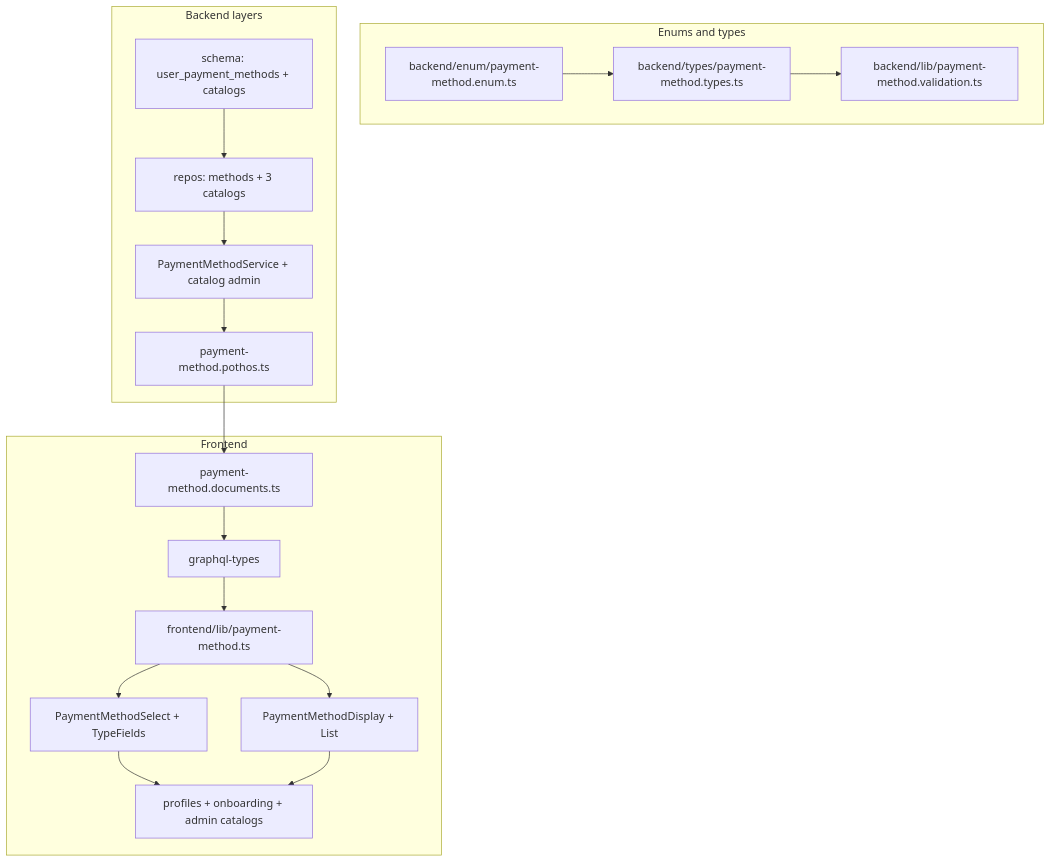
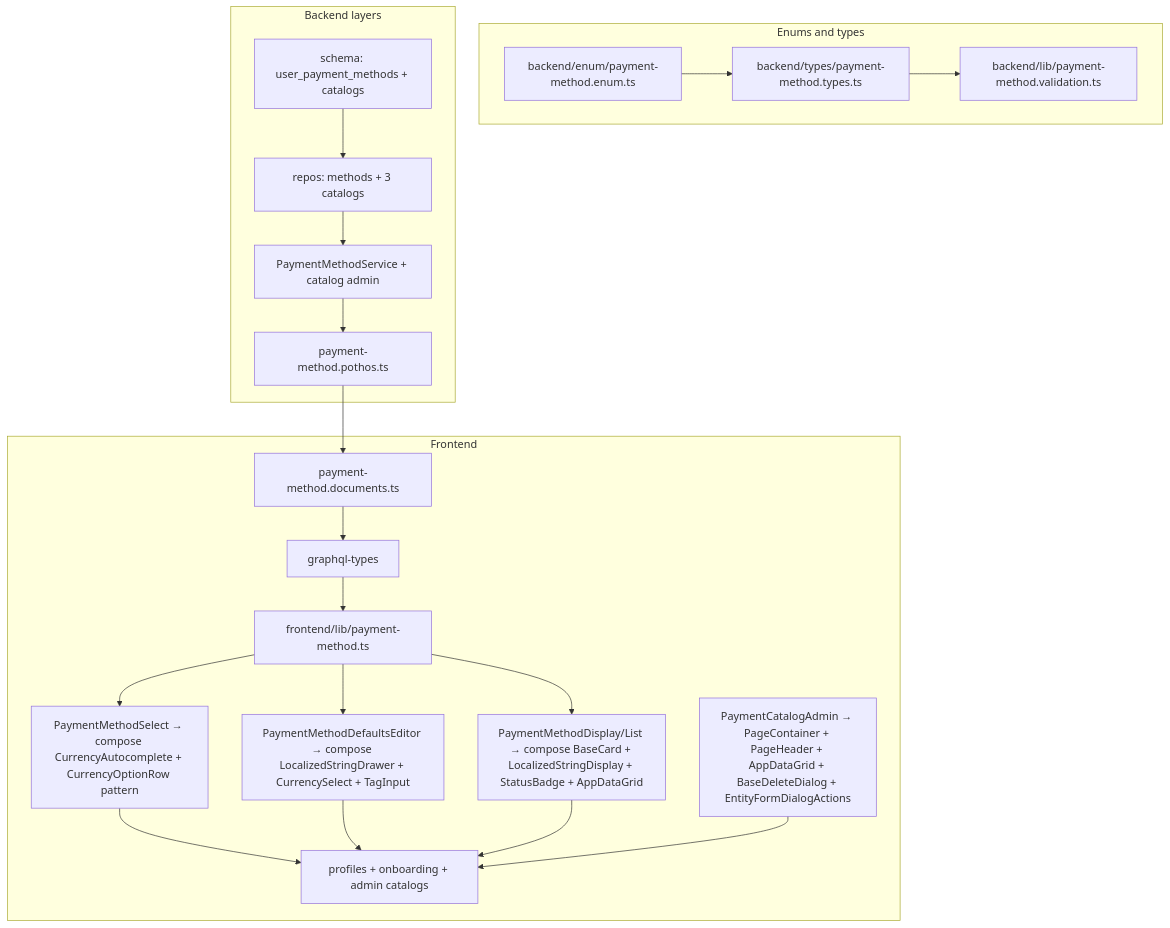
Before and after one commit to sirajLMS/siraj: the diagram in .ai/plans/payment/plan.md, drawn with Mermaid. The commit also changed other lines of this file and 310 other files, not shown here.

First line of the commit message:
refactor(db): update import paths for repository and schema files

````diff
--- a/.ai/plans/payment/plan.md
+++ b/.ai/plans/payment/plan.md
@@ -7,30 +7,35 @@
 ```mermaid
 flowchart TB
   subgraph enums [Enums and types]
     BillingEnum["backend/enum/payment-method.enum.ts"]
     Types["backend/types/payment-method.types.ts"]
     Zod["backend/lib/payment-method.validation.ts"]
     BillingEnum --> Types --> Zod
   end
 
   subgraph backend [Backend layers]
     Schema["schema: user_payment_methods + catalogs"]
     Repo["repos: methods + 3 catalogs"]
     Service["PaymentMethodService + catalog admin"]
     Pothos["payment-method.pothos.ts"]
     Schema --> Repo --> Service --> Pothos
   end
 
   subgraph frontend [Frontend]
     GQLDocs["payment-method.documents.ts"]
     Codegen["graphql-types"]
     Lib["frontend/lib/payment-method.ts"]
-    Input["PaymentMethodSelect + TypeFields"]
-    Display["PaymentMethodDisplay + List"]
+    Select["PaymentMethodSelect → compose CurrencyAutocomplete + CurrencyOptionRow pattern"]
+    Defaults["PaymentMethodDefaultsEditor → compose LocalizedStringDrawer + CurrencySelect + TagInput"]
+    Display["PaymentMethodDisplay/List → compose BaseCard + LocalizedStringDisplay + StatusBadge + AppDataGrid"]
+    AdminGrid["PaymentCatalogAdmin → PageContainer + PageHeader + AppDataGrid + BaseDeleteDialog + EntityFormDialogActions"]
     Views["profiles + onboarding + admin catalogs"]
-    Pothos --> GQLDocs --> Codegen --> Lib --> Input
+    Pothos --> GQLDocs --> Codegen --> Lib --> Select
+    Lib --> Defaults
     Lib --> Display
-    Input --> Views
+    Select --> Views
+    Defaults --> Views
     Display --> Views
+    AdminGrid --> Views
   end
 ```
````
